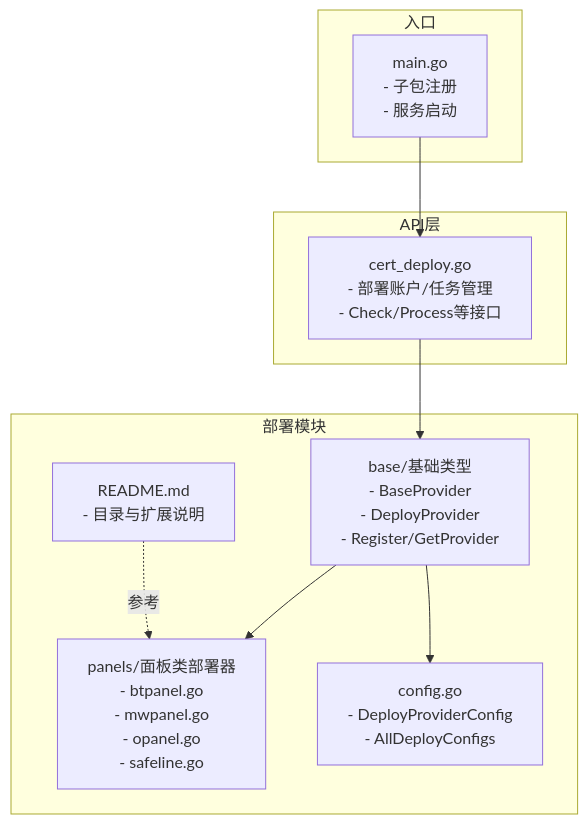
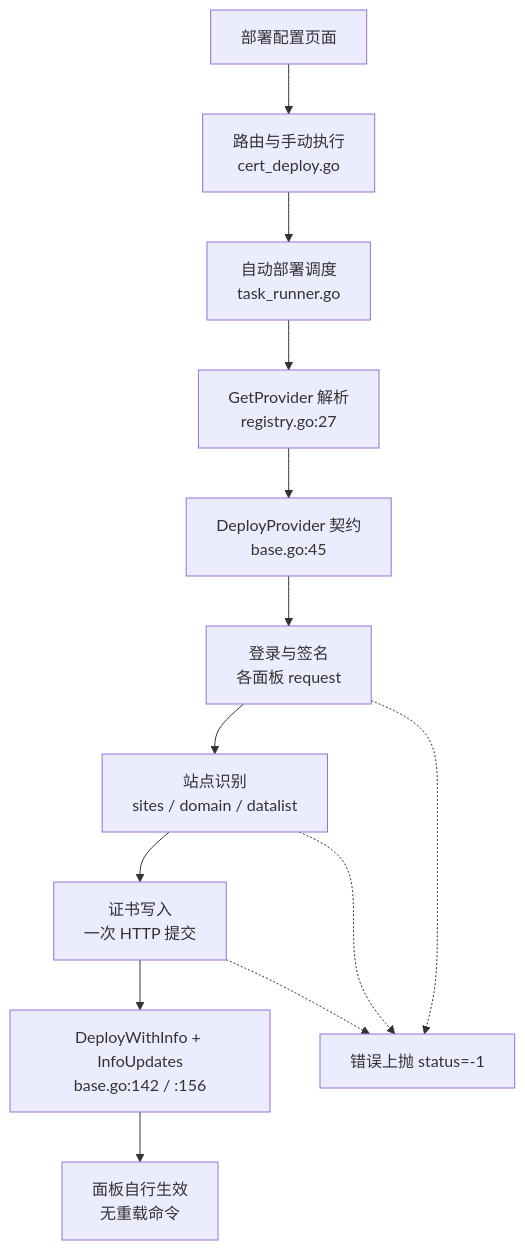
One commit to x01n/dnsplane changed the first of 4 diagrams in docs/证书管理功能/证书部署策略/面板部署.md. Above: the diagram before and after it, drawn with Mermaid. The commit also changed other lines of this file and 326 other files, not shown here.

````diff
--- a/docs/证书管理功能/证书部署策略/面板部署.md
+++ b/docs/证书管理功能/证书部署策略/面板部署.md
@@ -42,20 +172,15 @@
 ```mermaid
 graph TB
-subgraph "部署模块"
-A["base/基础类型<br/>- BaseProvider<br/>- DeployProvider<br/>- Register/GetProvider"]
-B["panels/面板类部署器<br/>- btpanel.go<br/>- mwpanel.go<br/>- opanel.go<br/>- safeline.go"]
-C["config.go<br/>- DeployProviderConfig<br/>- AllDeployConfigs"]
-D["README.md<br/>- 目录与扩展说明"]
-end
-subgraph "API层"
-E["cert_deploy.go<br/>- 部署账户/任务管理<br/>- Check/Process等接口"]
-end
-subgraph "入口"
-F["main.go<br/>- 子包注册<br/>- 服务启动"]
-end
-F --> E
-E --> A
-A --> B
-A --> C
-D -. 参考 .-> B
+    控制台["部署配置页面"] --> 路由["路由与手动执行<br/>cert_deploy.go"]
+    路由 --> 调度["自动部署调度<br/>task_runner.go"]
+    调度 --> 解析["GetProvider 解析<br/>registry.go:27"]
+    解析 --> 契约["DeployProvider 契约<br/>base.go:45"]
+    契约 --> 会话["登录与签名<br/>各面板 request"]
+    会话 --> 识别["站点识别<br/>sites / domain / datalist"]
+    识别 --> 写入["证书写入<br/>一次 HTTP 提交"]
+    写入 --> 回传["DeployWithInfo + InfoUpdates<br/>base.go:142 / :156"]
+    回传 --> 生效["面板自行生效<br/>无重载命令"]
+    会话 -.-> 失败["错误上抛 status=-1"]
+    识别 -.-> 失败
+    写入 -.-> 失败
 ```
````
